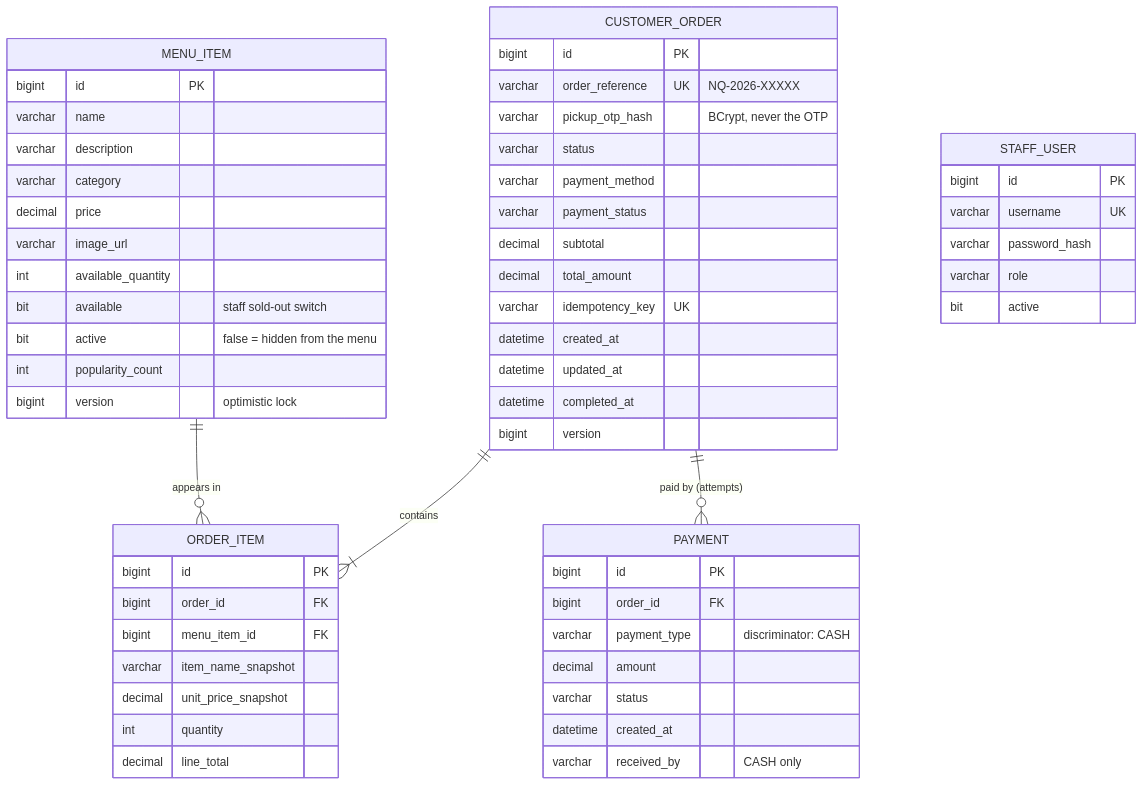
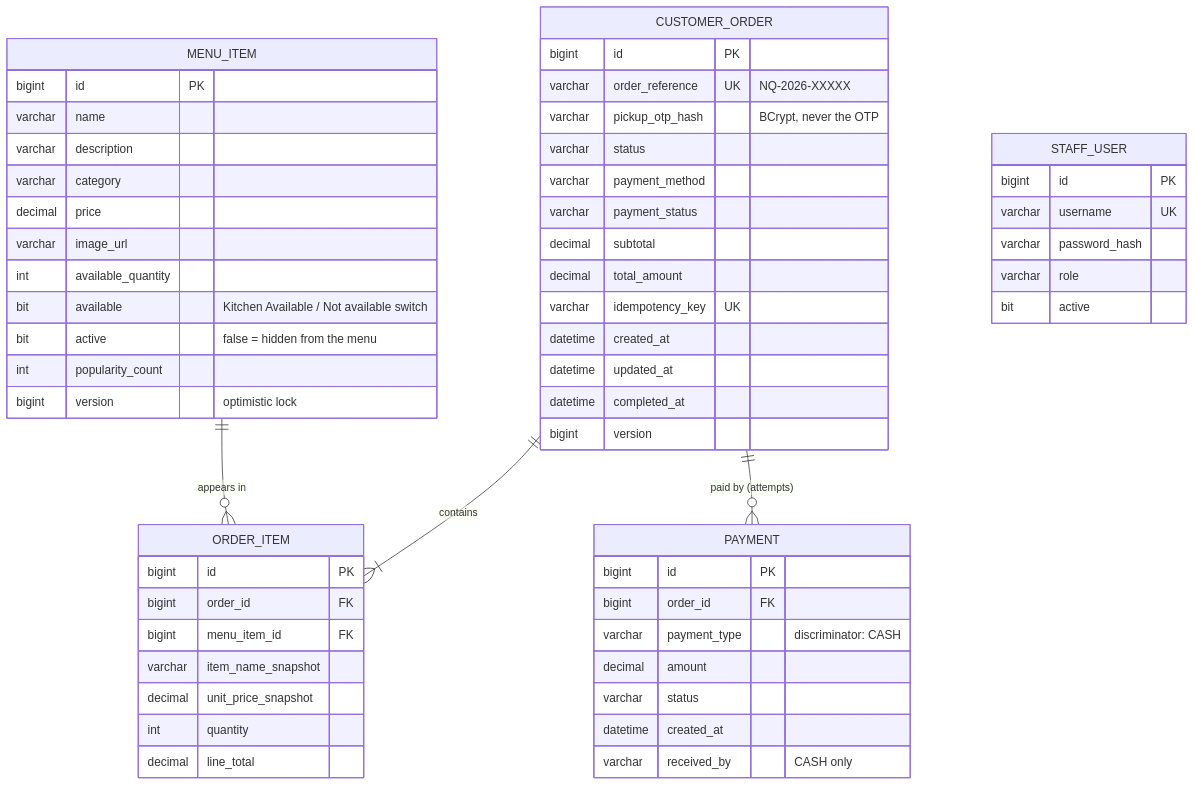
Before and after one commit to Arun-N-M-07/NoQ: the second of 7 diagrams in docs/ARCHITECTURE.md, drawn with Mermaid. The commit also changed other lines of this file and 55 other files, not shown here.

````diff
--- a/docs/ARCHITECTURE.md
+++ b/docs/ARCHITECTURE.md
@@ -91,60 +93,60 @@
 ```mermaid
 erDiagram
     MENU_ITEM ||--o{ ORDER_ITEM : "appears in"
     CUSTOMER_ORDER ||--|{ ORDER_ITEM : "contains"
     CUSTOMER_ORDER ||--o{ PAYMENT : "paid by (attempts)"
 
     MENU_ITEM {
         bigint id PK
         varchar name
         varchar description
         varchar category
         decimal price
         varchar image_url
         int available_quantity
-        bit available "staff sold-out switch"
+        bit available "Kitchen Available / Not available switch"
         bit active "false = hidden from the menu"
         int popularity_count
         bigint version "optimistic lock"
     }
     CUSTOMER_ORDER {
         bigint id PK
         varchar order_reference UK "NQ-2026-XXXXX"
         varchar pickup_otp_hash "BCrypt, never the OTP"
         varchar status
         varchar payment_method
         varchar payment_status
         decimal subtotal
         decimal total_amount
         varchar idempotency_key UK
         datetime created_at
         datetime updated_at
         datetime completed_at
         bigint version
     }
     ORDER_ITEM {
         bigint id PK
         bigint order_id FK
         bigint menu_item_id FK
         varchar item_name_snapshot
         decimal unit_price_snapshot
         int quantity
         decimal line_total
     }
     PAYMENT {
         bigint id PK
         bigint order_id FK
         varchar payment_type "discriminator: CASH"
         decimal amount
         varchar status
         datetime created_at
         varchar received_by "CASH only"
     }
     STAFF_USER {
         bigint id PK
         varchar username UK
         varchar password_hash
         varchar role
         bit active
     }
 ```
````
